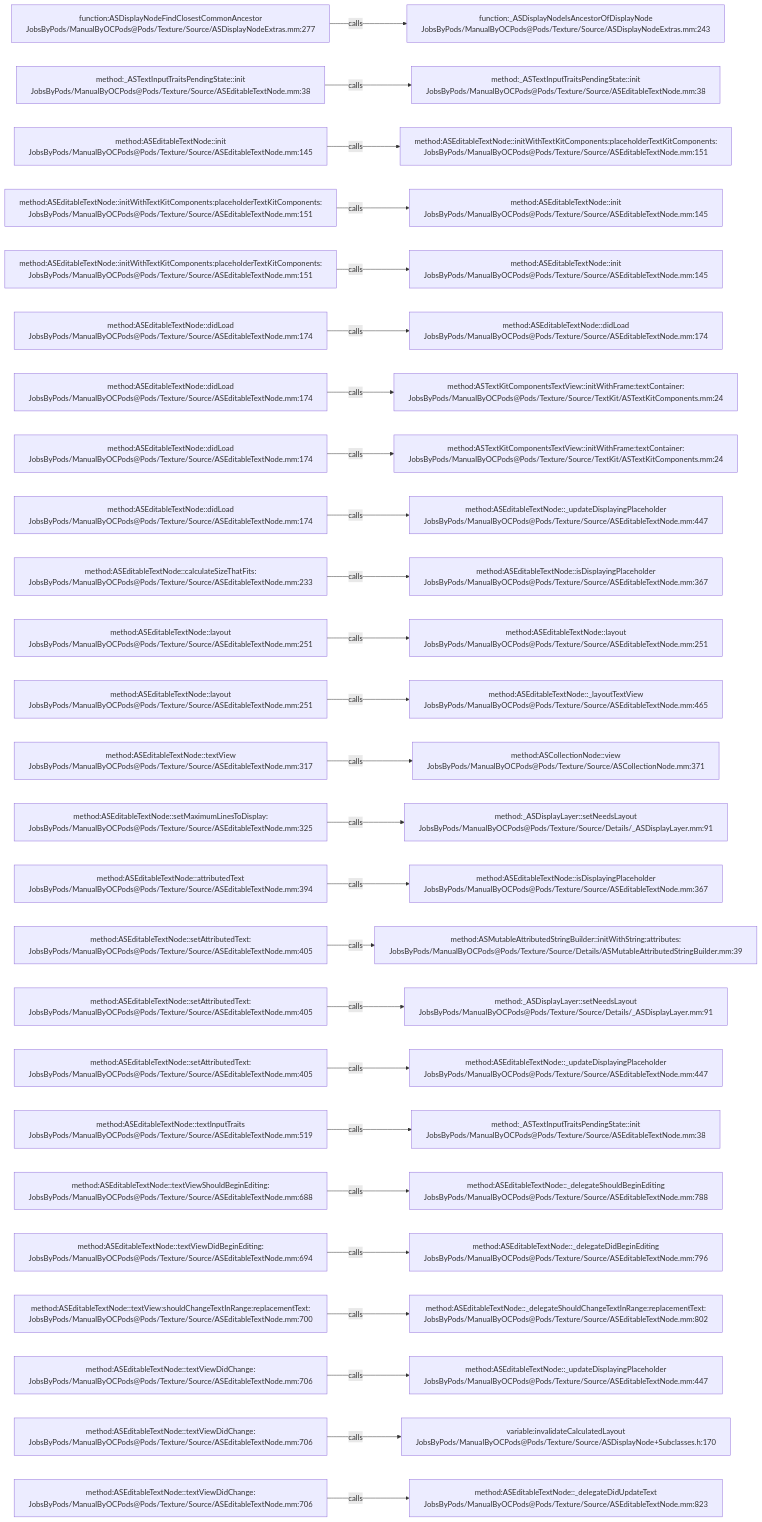
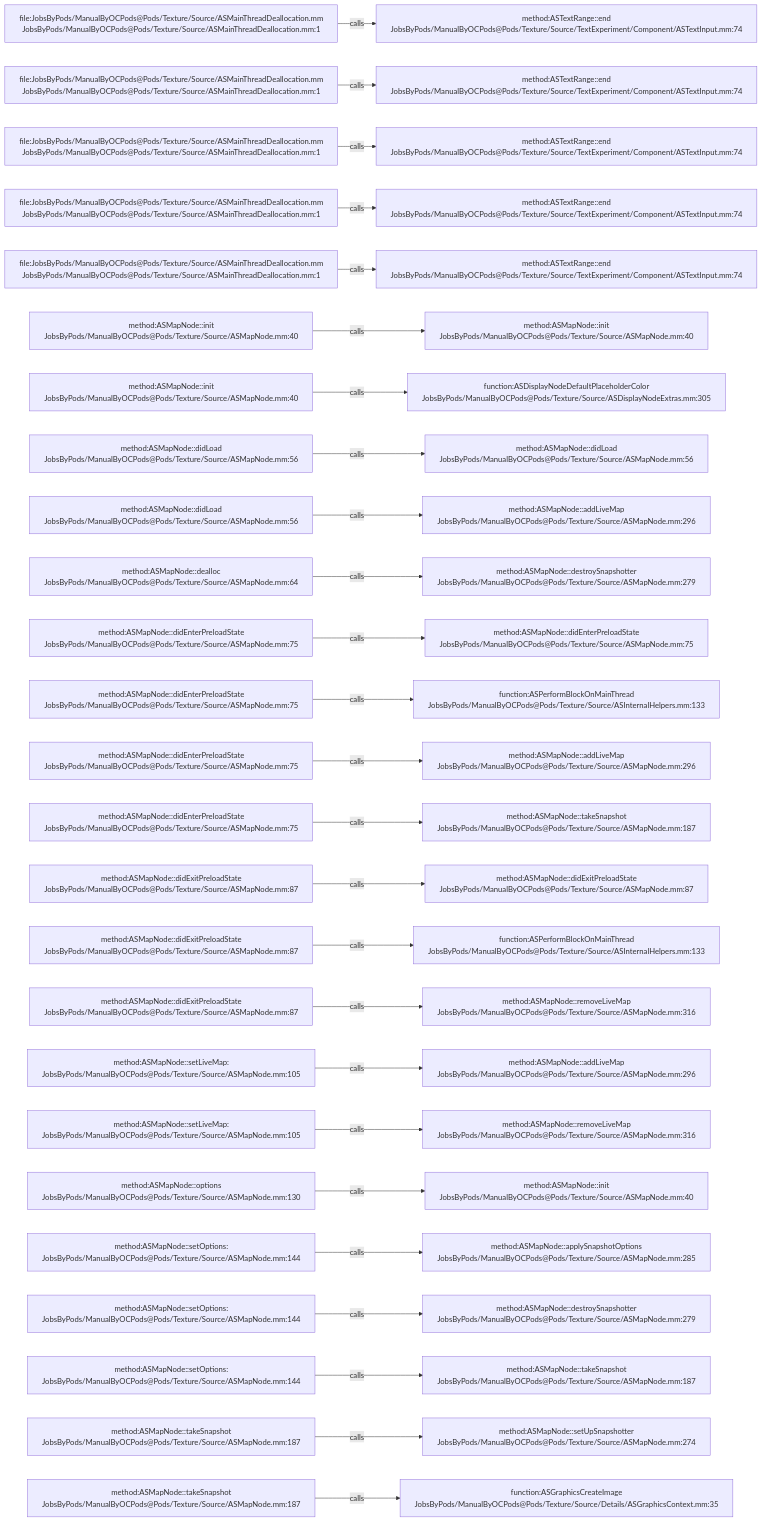
One commit to JobsKits/JobsOCBaseConfigDemo changed the diagram in .codegraph/codegraph.md/graphs/calls-105.md. Above: the diagram before and after it, drawn with Mermaid. The commit also changed 1448 other files, not shown here.

````diff
--- a/.codegraph/codegraph.md/graphs/calls-105.md
+++ b/.codegraph/codegraph.md/graphs/calls-105.md
@@ -13,78 +13,78 @@
 ```mermaid
 flowchart LR
-  S1["function:ASDisplayNodeFindClosestCommonAncestor<br/>JobsByPods/ManualByOCPods@Pods/Texture/Source/ASDisplayNodeExtras.mm:277"]
-  T1["function:_ASDisplayNodeIsAncestorOfDisplayNode<br/>JobsByPods/ManualByOCPods@Pods/Texture/Source/ASDisplayNodeExtras.mm:243"]
+  S1["file:JobsByPods/ManualByOCPods@Pods/Texture/Source/ASMainThreadDeallocation.mm<br/>JobsByPods/ManualByOCPods@Pods/Texture/Source/ASMainThreadDeallocation.mm:1"]
+  T1["method:ASTextRange::end<br/>JobsByPods/ManualByOCPods@Pods/Texture/Source/TextExperiment/Component/ASTextInput.mm:74"]
   S1 -->|calls| T1
-  S2["method:_ASTextInputTraitsPendingState::init<br/>JobsByPods/ManualByOCPods@Pods/Texture/Source/ASEditableTextNode.mm:38"]
-  T2["method:_ASTextInputTraitsPendingState::init<br/>JobsByPods/ManualByOCPods@Pods/Texture/Source/ASEditableTextNode.mm:38"]
+  S2["file:JobsByPods/ManualByOCPods@Pods/Texture/Source/ASMainThreadDeallocation.mm<br/>JobsByPods/ManualByOCPods@Pods/Texture/Source/ASMainThreadDeallocation.mm:1"]
+  T2["method:ASTextRange::end<br/>JobsByPods/ManualByOCPods@Pods/Texture/Source/TextExperiment/Component/ASTextInput.mm:74"]
   S2 -->|calls| T2
-  S3["method:ASEditableTextNode::init<br/>JobsByPods/ManualByOCPods@Pods/Texture/Source/ASEditableTextNode.mm:145"]
-  T3["method:ASEditableTextNode::initWithTextKitComponents:placeholderTextKitComponents:<br/>JobsByPods/ManualByOCPods@Pods/Texture/Source/ASEditableTextNode.mm:151"]
+  S3["file:JobsByPods/ManualByOCPods@Pods/Texture/Source/ASMainThreadDeallocation.mm<br/>JobsByPods/ManualByOCPods@Pods/Texture/Source/ASMainThreadDeallocation.mm:1"]
+  T3["method:ASTextRange::end<br/>JobsByPods/ManualByOCPods@Pods/Texture/Source/TextExperiment/Component/ASTextInput.mm:74"]
   S3 -->|calls| T3
-  S4["method:ASEditableTextNode::initWithTextKitComponents:placeholderTextKitComponents:<br/>JobsByPods/ManualByOCPods@Pods/Texture/Source/ASEditableTextNode.mm:151"]
-  T4["method:ASEditableTextNode::init<br/>JobsByPods/ManualByOCPods@Pods/Texture/Source/ASEditableTextNode.mm:145"]
+  S4["file:JobsByPods/ManualByOCPods@Pods/Texture/Source/ASMainThreadDeallocation.mm<br/>JobsByPods/ManualByOCPods@Pods/Texture/Source/ASMainThreadDeallocation.mm:1"]
+  T4["method:ASTextRange::end<br/>JobsByPods/ManualByOCPods@Pods/Texture/Source/TextExperiment/Component/ASTextInput.mm:74"]
   S4 -->|calls| T4
-  S5["method:ASEditableTextNode::initWithTextKitComponents:placeholderTextKitComponents:<br/>JobsByPods/ManualByOCPods@Pods/Texture/Source/ASEditableTextNode.mm:151"]
-  T5["method:ASEditableTextNode::init<br/>JobsByPods/ManualByOCPods@Pods/Texture/Source/ASEditableTextNode.mm:145"]
+  S5["file:JobsByPods/ManualByOCPods@Pods/Texture/Source/ASMainThreadDeallocation.mm<br/>JobsByPods/ManualByOCPods@Pods/Texture/Source/ASMainThreadDeallocation.mm:1"]
+  T5["method:ASTextRange::end<br/>JobsByPods/ManualByOCPods@Pods/Texture/Source/TextExperiment/Component/ASTextInput.mm:74"]
   S5 -->|calls| T5
-  S6["method:ASEditableTextNode::didLoad<br/>JobsByPods/ManualByOCPods@Pods/Texture/Source/ASEditableTextNode.mm:174"]
-  T6["method:ASEditableTextNode::didLoad<br/>JobsByPods/ManualByOCPods@Pods/Texture/Source/ASEditableTextNode.mm:174"]
+  S6["method:ASMapNode::init<br/>JobsByPods/ManualByOCPods@Pods/Texture/Source/ASMapNode.mm:40"]
+  T6["method:ASMapNode::init<br/>JobsByPods/ManualByOCPods@Pods/Texture/Source/ASMapNode.mm:40"]
   S6 -->|calls| T6
-  S7["method:ASEditableTextNode::didLoad<br/>JobsByPods/ManualByOCPods@Pods/Texture/Source/ASEditableTextNode.mm:174"]
-  T7["method:ASTextKitComponentsTextView::initWithFrame:textContainer:<br/>JobsByPods/ManualByOCPods@Pods/Texture/Source/TextKit/ASTextKitComponents.mm:24"]
+  S7["method:ASMapNode::init<br/>JobsByPods/ManualByOCPods@Pods/Texture/Source/ASMapNode.mm:40"]
+  T7["function:ASDisplayNodeDefaultPlaceholderColor<br/>JobsByPods/ManualByOCPods@Pods/Texture/Source/ASDisplayNodeExtras.mm:305"]
   S7 -->|calls| T7
-  S8["method:ASEditableTextNode::didLoad<br/>JobsByPods/ManualByOCPods@Pods/Texture/Source/ASEditableTextNode.mm:174"]
-  T8["method:ASTextKitComponentsTextView::initWithFrame:textContainer:<br/>JobsByPods/ManualByOCPods@Pods/Texture/Source/TextKit/ASTextKitComponents.mm:24"]
+  S8["method:ASMapNode::didLoad<br/>JobsByPods/ManualByOCPods@Pods/Texture/Source/ASMapNode.mm:56"]
+  T8["method:ASMapNode::didLoad<br/>JobsByPods/ManualByOCPods@Pods/Texture/Source/ASMapNode.mm:56"]
   S8 -->|calls| T8
-  S9["method:ASEditableTextNode::didLoad<br/>JobsByPods/ManualByOCPods@Pods/Texture/Source/ASEditableTextNode.mm:174"]
-  T9["method:ASEditableTextNode::_updateDisplayingPlaceholder<br/>JobsByPods/ManualByOCPods@Pods/Texture/Source/ASEditableTextNode.mm:447"]
+  S9["method:ASMapNode::didLoad<br/>JobsByPods/ManualByOCPods@Pods/Texture/Source/ASMapNode.mm:56"]
+  T9["method:ASMapNode::addLiveMap<br/>JobsByPods/ManualByOCPods@Pods/Texture/Source/ASMapNode.mm:296"]
   S9 -->|calls| T9
-  S10["method:ASEditableTextNode::calculateSizeThatFits:<br/>JobsByPods/ManualByOCPods@Pods/Texture/Source/ASEditableTextNode.mm:233"]
-  T10["method:ASEditableTextNode::isDisplayingPlaceholder<br/>JobsByPods/ManualByOCPods@Pods/Texture/Source/ASEditableTextNode.mm:367"]
+  S10["method:ASMapNode::dealloc<br/>JobsByPods/ManualByOCPods@Pods/Texture/Source/ASMapNode.mm:64"]
+  T10["method:ASMapNode::destroySnapshotter<br/>JobsByPods/ManualByOCPods@Pods/Texture/Source/ASMapNode.mm:279"]
   S10 -->|calls| T10
-  S11["method:ASEditableTextNode::layout<br/>JobsByPods/ManualByOCPods@Pods/Texture/Source/ASEditableTextNode.mm:251"]
-  T11["method:ASEditableTextNode::layout<br/>JobsByPods/ManualByOCPods@Pods/Texture/Source/ASEditableTextNode.mm:251"]
+  S11["method:ASMapNode::didEnterPreloadState<br/>JobsByPods/ManualByOCPods@Pods/Texture/Source/ASMapNode.mm:75"]
+  T11["method:ASMapNode::didEnterPreloadState<br/>JobsByPods/ManualByOCPods@Pods/Texture/Source/ASMapNode.mm:75"]
   S11 -->|calls| T11
-  S12["method:ASEditableTextNode::layout<br/>JobsByPods/ManualByOCPods@Pods/Texture/Source/ASEditableTextNode.mm:251"]
-  T12["method:ASEditableTextNode::_layoutTextView<br/>JobsByPods/ManualByOCPods@Pods/Texture/Source/ASEditableTextNode.mm:465"]
+  S12["method:ASMapNode::didEnterPreloadState<br/>JobsByPods/ManualByOCPods@Pods/Texture/Source/ASMapNode.mm:75"]
+  T12["function:ASPerformBlockOnMainThread<br/>JobsByPods/ManualByOCPods@Pods/Texture/Source/ASInternalHelpers.mm:133"]
   S12 -->|calls| T12
-  S13["method:ASEditableTextNode::textView<br/>JobsByPods/ManualByOCPods@Pods/Texture/Source/ASEditableTextNode.mm:317"]
-  T13["method:ASCollectionNode::view<br/>JobsByPods/ManualByOCPods@Pods/Texture/Source/ASCollectionNode.mm:371"]
+  S13["method:ASMapNode::didEnterPreloadState<br/>JobsByPods/ManualByOCPods@Pods/Texture/Source/ASMapNode.mm:75"]
+  T13["method:ASMapNode::addLiveMap<br/>JobsByPods/ManualByOCPods@Pods/Texture/Source/ASMapNode.mm:296"]
   S13 -->|calls| T13
-  S14["method:ASEditableTextNode::setMaximumLinesToDisplay:<br/>JobsByPods/ManualByOCPods@Pods/Texture/Source/ASEditableTextNode.mm:325"]
-  T14["method:_ASDisplayLayer::setNeedsLayout<br/>JobsByPods/ManualByOCPods@Pods/Texture/Source/Details/_ASDisplayLayer.mm:91"]
+  S14["method:ASMapNode::didEnterPreloadState<br/>JobsByPods/ManualByOCPods@Pods/Texture/Source/ASMapNode.mm:75"]
+  T14["method:ASMapNode::takeSnapshot<br/>JobsByPods/ManualByOCPods@Pods/Texture/Source/ASMapNode.mm:187"]
   S14 -->|calls| T14
-  S15["method:ASEditableTextNode::attributedText<br/>JobsByPods/ManualByOCPods@Pods/Texture/Source/ASEditableTextNode.mm:394"]
-  T15["method:ASEditableTextNode::isDisplayingPlaceholder<br/>JobsByPods/ManualByOCPods@Pods/Texture/Source/ASEditableTextNode.mm:367"]
+  S15["method:ASMapNode::didExitPreloadState<br/>JobsByPods/ManualByOCPods@Pods/Texture/Source/ASMapNode.mm:87"]
+  T15["method:ASMapNode::didExitPreloadState<br/>JobsByPods/ManualByOCPods@Pods/Texture/Source/ASMapNode.mm:87"]
   S15 -->|calls| T15
-  S16["method:ASEditableTextNode::setAttributedText:<br/>JobsByPods/ManualByOCPods@Pods/Texture/Source/ASEditableTextNode.mm:405"]
-  T16["method:ASMutableAttributedStringBuilder::initWithString:attributes:<br/>JobsByPods/ManualByOCPods@Pods/Texture/Source/Details/ASMutableAttributedStringBuilder.mm:39"]
+  S16["method:ASMapNode::didExitPreloadState<br/>JobsByPods/ManualByOCPods@Pods/Texture/Source/ASMapNode.mm:87"]
+  T16["function:ASPerformBlockOnMainThread<br/>JobsByPods/ManualByOCPods@Pods/Texture/Source/ASInternalHelpers.mm:133"]
   S16 -->|calls| T16
-  S17["method:ASEditableTextNode::setAttributedText:<br/>JobsByPods/ManualByOCPods@Pods/Texture/Source/ASEditableTextNode.mm:405"]
-  T17["method:_ASDisplayLayer::setNeedsLayout<br/>JobsByPods/ManualByOCPods@Pods/Texture/Source/Details/_ASDisplayLayer.mm:91"]
+  S17["method:ASMapNode::didExitPreloadState<br/>JobsByPods/ManualByOCPods@Pods/Texture/Source/ASMapNode.mm:87"]
+  T17["method:ASMapNode::removeLiveMap<br/>JobsByPods/ManualByOCPods@Pods/Texture/Source/ASMapNode.mm:316"]
   S17 -->|calls| T17
-  S18["method:ASEditableTextNode::setAttributedText:<br/>JobsByPods/ManualByOCPods@Pods/Texture/Source/ASEditableTextNode.mm:405"]
-  T18["method:ASEditableTextNode::_updateDisplayingPlaceholder<br/>JobsByPods/ManualByOCPods@Pods/Texture/Source/ASEditableTextNode.mm:447"]
+  S18["method:ASMapNode::setLiveMap:<br/>JobsByPods/ManualByOCPods@Pods/Texture/Source/ASMapNode.mm:105"]
+  T18["method:ASMapNode::addLiveMap<br/>JobsByPods/ManualByOCPods@Pods/Texture/Source/ASMapNode.mm:296"]
   S18 -->|calls| T18
-  S19["method:ASEditableTextNode::textInputTraits<br/>JobsByPods/ManualByOCPods@Pods/Texture/Source/ASEditableTextNode.mm:519"]
-  T19["method:_ASTextInputTraitsPendingState::init<br/>JobsByPods/ManualByOCPods@Pods/Texture/Source/ASEditableTextNode.mm:38"]
+  S19["method:ASMapNode::setLiveMap:<br/>JobsByPods/ManualByOCPods@Pods/Texture/Source/ASMapNode.mm:105"]
+  T19["method:ASMapNode::removeLiveMap<br/>JobsByPods/ManualByOCPods@Pods/Texture/Source/ASMapNode.mm:316"]
   S19 -->|calls| T19
-  S20["method:ASEditableTextNode::textViewShouldBeginEditing:<br/>JobsByPods/ManualByOCPods@Pods/Texture/Source/ASEditableTextNode.mm:688"]
-  T20["method:ASEditableTextNode::_delegateShouldBeginEditing<br/>JobsByPods/ManualByOCPods@Pods/Texture/Source/ASEditableTextNode.mm:788"]
+  S20["method:ASMapNode::options<br/>JobsByPods/ManualByOCPods@Pods/Texture/Source/ASMapNode.mm:130"]
+  T20["method:ASMapNode::init<br/>JobsByPods/ManualByOCPods@Pods/Texture/Source/ASMapNode.mm:40"]
   S20 -->|calls| T20
-  S21["method:ASEditableTextNode::textViewDidBeginEditing:<br/>JobsByPods/ManualByOCPods@Pods/Texture/Source/ASEditableTextNode.mm:694"]
-  T21["method:ASEditableTextNode::_delegateDidBeginEditing<br/>JobsByPods/ManualByOCPods@Pods/Texture/Source/ASEditableTextNode.mm:796"]
+  S21["method:ASMapNode::setOptions:<br/>JobsByPods/ManualByOCPods@Pods/Texture/Source/ASMapNode.mm:144"]
+  T21["method:ASMapNode::applySnapshotOptions<br/>JobsByPods/ManualByOCPods@Pods/Texture/Source/ASMapNode.mm:285"]
   S21 -->|calls| T21
-  S22["method:ASEditableTextNode::textView:shouldChangeTextInRange:replacementText:<br/>JobsByPods/ManualByOCPods@Pods/Texture/Source/ASEditableTextNode.mm:700"]
-  T22["method:ASEditableTextNode::_delegateShouldChangeTextInRange:replacementText:<br/>JobsByPods/ManualByOCPods@Pods/Texture/Source/ASEditableTextNode.mm:802"]
+  S22["method:ASMapNode::setOptions:<br/>JobsByPods/ManualByOCPods@Pods/Texture/Source/ASMapNode.mm:144"]
+  T22["method:ASMapNode::destroySnapshotter<br/>JobsByPods/ManualByOCPods@Pods/Texture/Source/ASMapNode.mm:279"]
   S22 -->|calls| T22
-  S23["method:ASEditableTextNode::textViewDidChange:<br/>JobsByPods/ManualByOCPods@Pods/Texture/Source/ASEditableTextNode.mm:706"]
-  T23["method:ASEditableTextNode::_updateDisplayingPlaceholder<br/>JobsByPods/ManualByOCPods@Pods/Texture/Source/ASEditableTextNode.mm:447"]
+  S23["method:ASMapNode::setOptions:<br/>JobsByPods/ManualByOCPods@Pods/Texture/Source/ASMapNode.mm:144"]
+  T23["method:ASMapNode::takeSnapshot<br/>JobsByPods/ManualByOCPods@Pods/Texture/Source/ASMapNode.mm:187"]
   S23 -->|calls| T23
-  S24["method:ASEditableTextNode::textViewDidChange:<br/>JobsByPods/ManualByOCPods@Pods/Texture/Source/ASEditableTextNode.mm:706"]
-  T24["variable:invalidateCalculatedLayout<br/>JobsByPods/ManualByOCPods@Pods/Texture/Source/ASDisplayNode+Subclasses.h:170"]
+  S24["method:ASMapNode::takeSnapshot<br/>JobsByPods/ManualByOCPods@Pods/Texture/Source/ASMapNode.mm:187"]
+  T24["method:ASMapNode::setUpSnapshotter<br/>JobsByPods/ManualByOCPods@Pods/Texture/Source/ASMapNode.mm:274"]
   S24 -->|calls| T24
-  S25["method:ASEditableTextNode::textViewDidChange:<br/>JobsByPods/ManualByOCPods@Pods/Texture/Source/ASEditableTextNode.mm:706"]
-  T25["method:ASEditableTextNode::_delegateDidUpdateText<br/>JobsByPods/ManualByOCPods@Pods/Texture/Source/ASEditableTextNode.mm:823"]
+  S25["method:ASMapNode::takeSnapshot<br/>JobsByPods/ManualByOCPods@Pods/Texture/Source/ASMapNode.mm:187"]
+  T25["function:ASGraphicsCreateImage<br/>JobsByPods/ManualByOCPods@Pods/Texture/Source/Details/ASGraphicsContext.mm:35"]
   S25 -->|calls| T25
 ```
````
